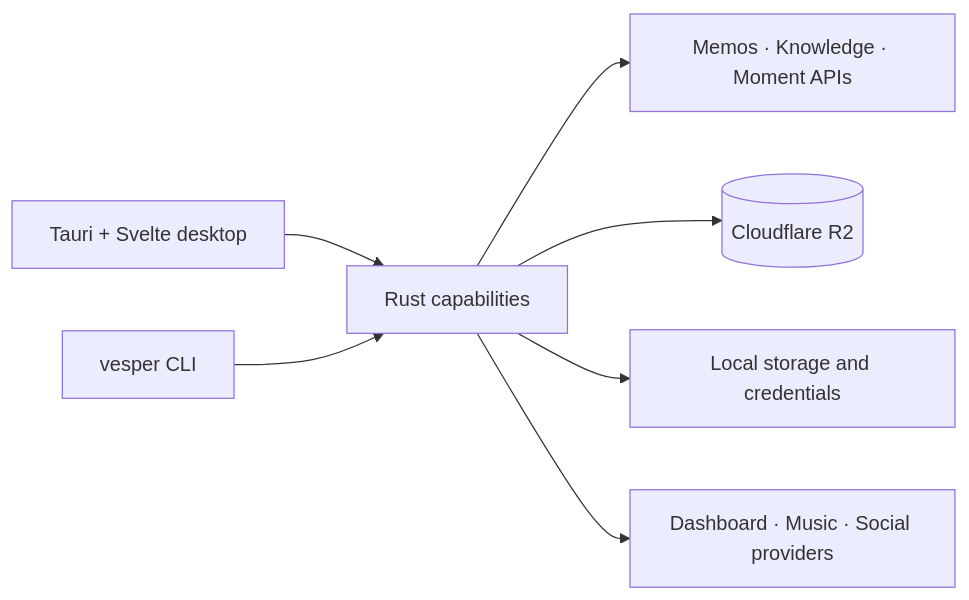
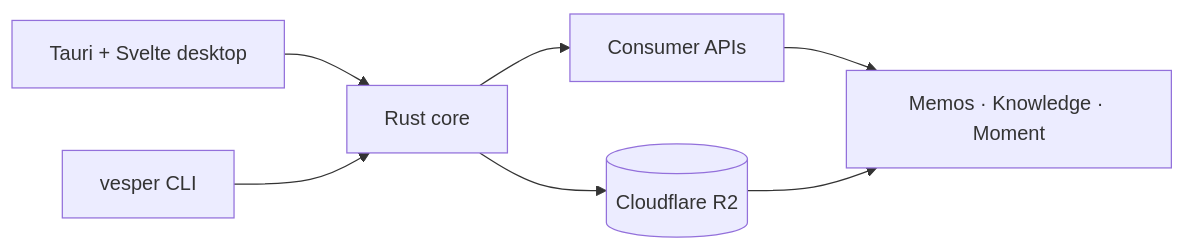
One commit to Pleasurecruise/my-workspace changed the diagram in README.md. Above: the diagram before and after it, drawn with Mermaid. The commit also changed 13 other files, not shown here.

Commit message:
feat(cli): add consumer queries and file input

````diff
--- a/README.md
+++ b/README.md
@@ -38,9 +38,9 @@
 ```mermaid
 flowchart LR
-    Desktop[Tauri + Svelte desktop] --> Rust[Rust capabilities]
-    CLI[vesper CLI] --> Rust
-    Rust --> APIs[Memos · Knowledge · Moment APIs]
-    Rust --> R2[(Cloudflare R2)]
-    Rust --> Local[Local storage and credentials]
-    Rust --> Providers[Dashboard · Music · Social providers]
+    Desktop[Tauri + Svelte desktop] --> Core[Rust core]
+    CLI[vesper CLI] --> Core
+    Core --> APIs[Consumer APIs]
+    Core --> R2[(Cloudflare R2)]
+    APIs --> Services[Memos · Knowledge · Moment]
+    R2 --> Services
 ```
````
